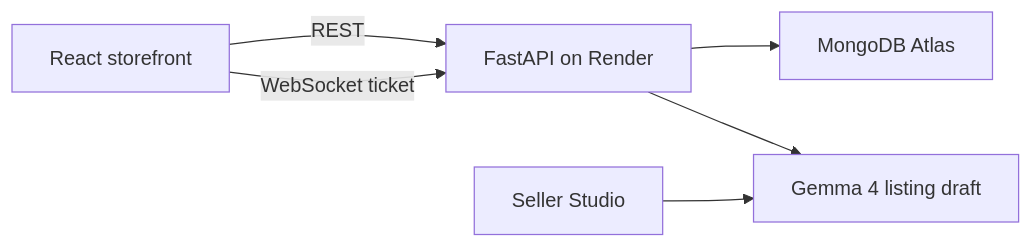
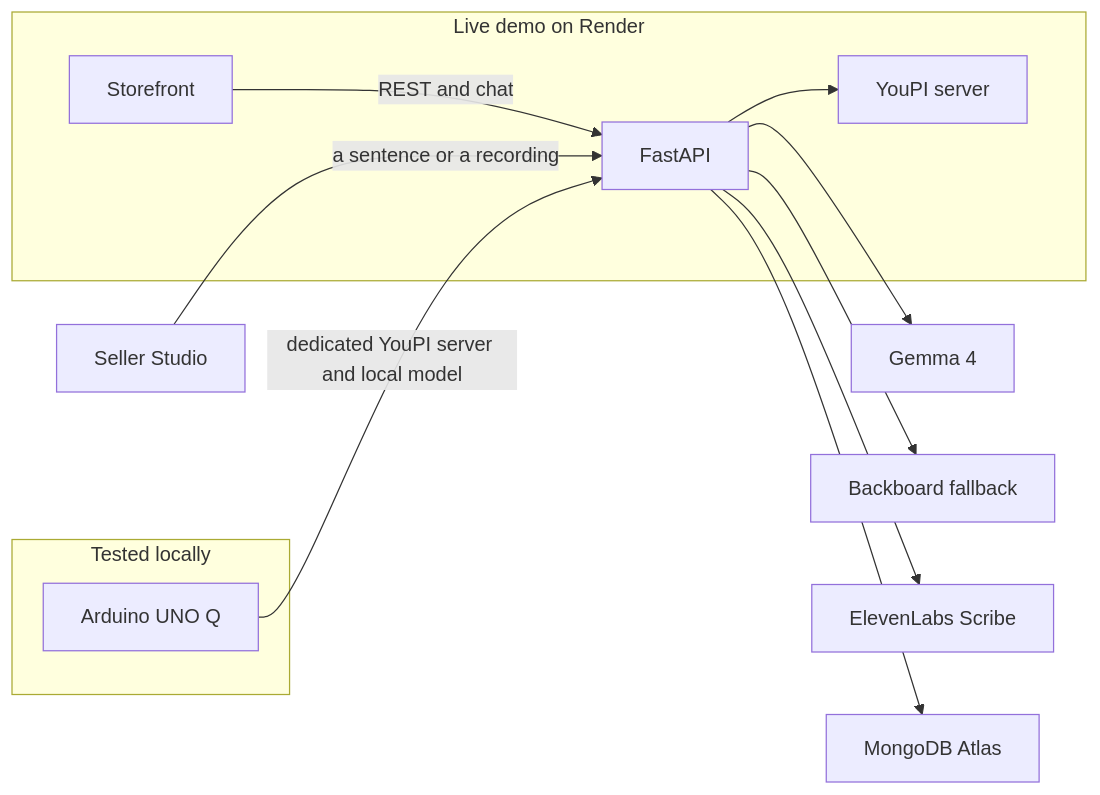
One commit to im45145v/CampusCart changed the diagram in docs/submission.md. Above: the diagram before and after it, drawn with Mermaid. The commit also changed other lines of this file and 9 other files, not shown here.

Commit message:
Let students create an account with a password, and match the Hacktoberfest write-up to the live demo.

````diff
--- a/docs/submission.md
+++ b/docs/submission.md
@@ -44,8 +129,19 @@
 ```mermaid
 flowchart LR
-  browser[React storefront] -->|REST| api[FastAPI on Render]
-  browser -->|WebSocket ticket| api
+  subgraph live [Live demo on Render]
+    browser[Storefront]
+    api[FastAPI]
+    youpi[YouPI server]
+    browser -->|REST and chat| api
+    api --> youpi
+  end
+  subgraph local [Tested locally]
+    uno[Arduino UNO Q]
+  end
+  seller[Seller Studio] -->|a sentence or a recording| api
+  api --> gemma[Gemma 4]
+  api --> backboard[Backboard fallback]
+  api --> eleven[ElevenLabs Scribe]
   api --> atlas[MongoDB Atlas]
-  api --> gemma[Gemma 4 listing draft]
-  seller[Seller Studio] --> gemma
+  uno -->|dedicated YouPI server and local model| api
 ```
````
